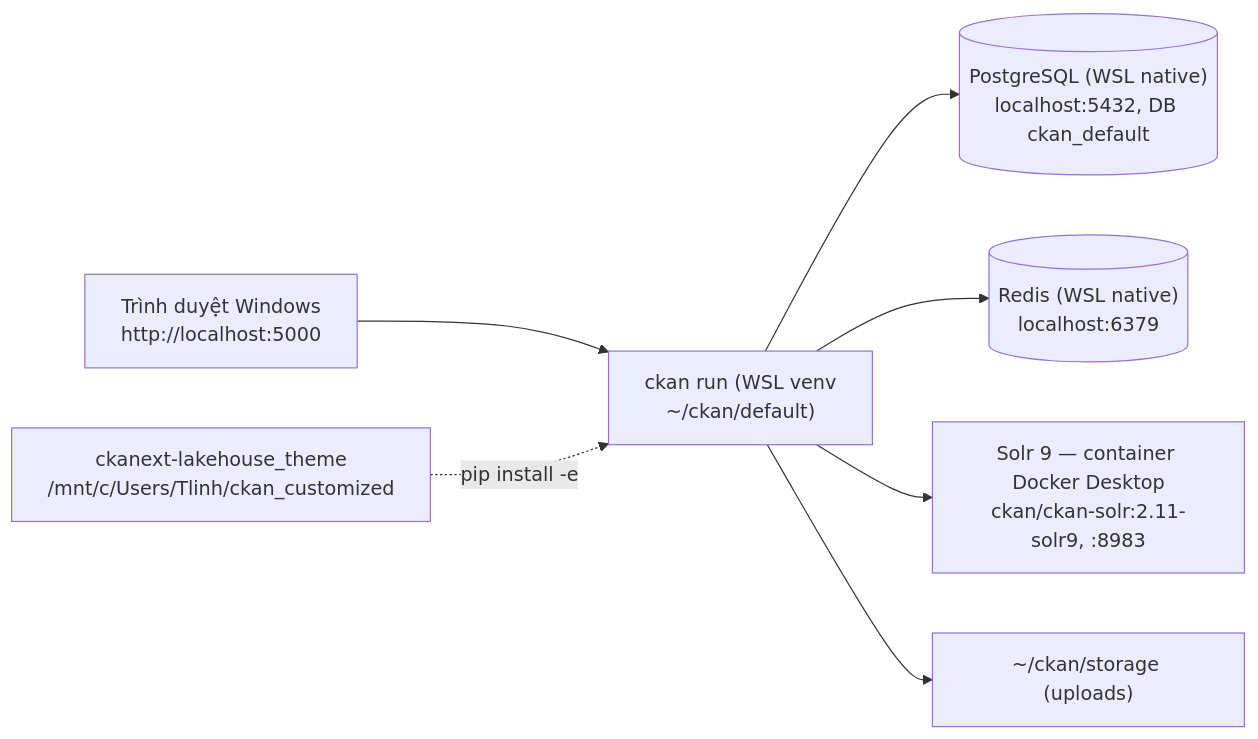
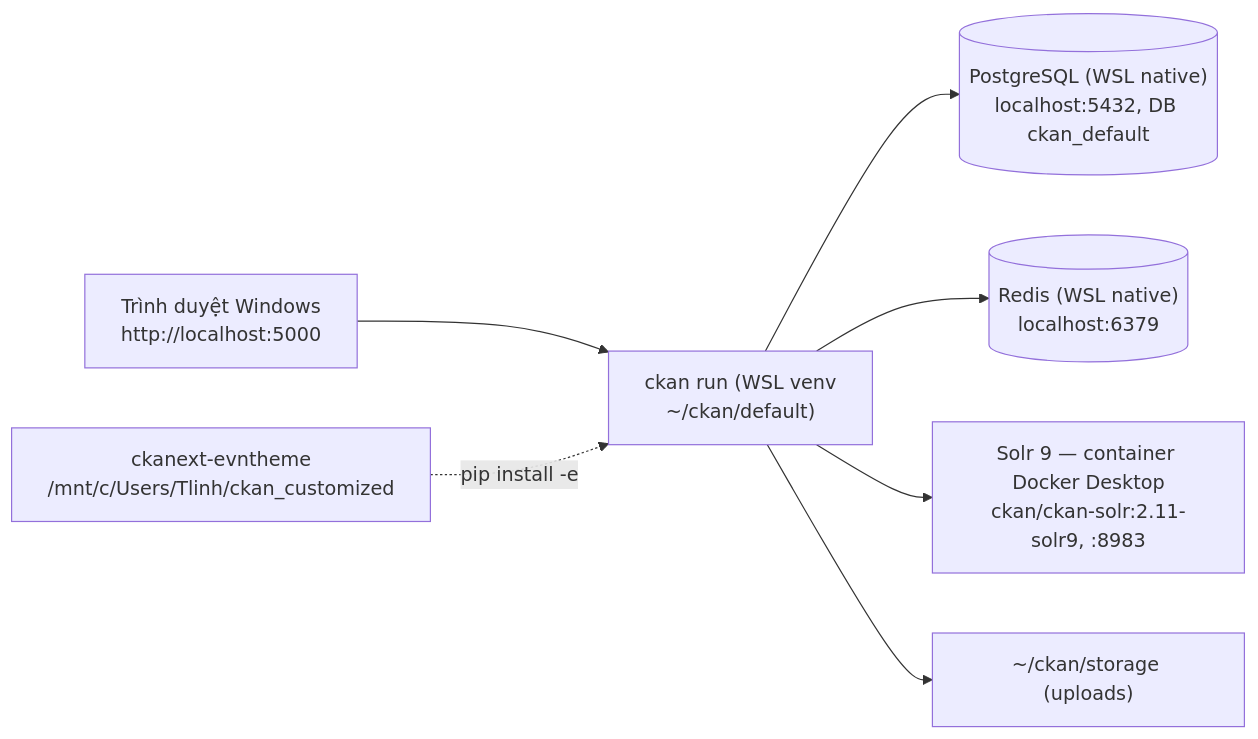
The diagram in docs/phase-1-local-source.md (jayyyyte/ckan_customized), drawn with Mermaid before and after one commit. The commit also changed other lines of this file and 42 other files, not shown here.

Commit message:
Update documentation and code references for the new `ckanext-evntheme` theme

````diff
--- a/docs/phase-1-local-source.md
+++ b/docs/phase-1-local-source.md
@@ -9,9 +9,9 @@
 ```mermaid
 flowchart LR
   B["Trình duyệt Windows<br/>http://localhost:5000"] --> C["ckan run (WSL venv<br/>~/ckan/default)"]
   C --> PG[("PostgreSQL (WSL native)<br/>localhost:5432, DB ckan_default")]
   C --> R[("Redis (WSL native)<br/>localhost:6379")]
   C --> S["Solr 9 — container Docker Desktop<br/>ckan/ckan-solr:2.11-solr9, :8983"]
   C --> F["~/ckan/storage (uploads)"]
-  T["ckanext-lakehouse_theme<br/>/mnt/c/Users/Tlinh/ckan_customized"] -. pip install -e .-> C
+  T["ckanext-evntheme<br/>/mnt/c/Users/Tlinh/ckan_customized"] -. pip install -e .-> C
 ```
````
